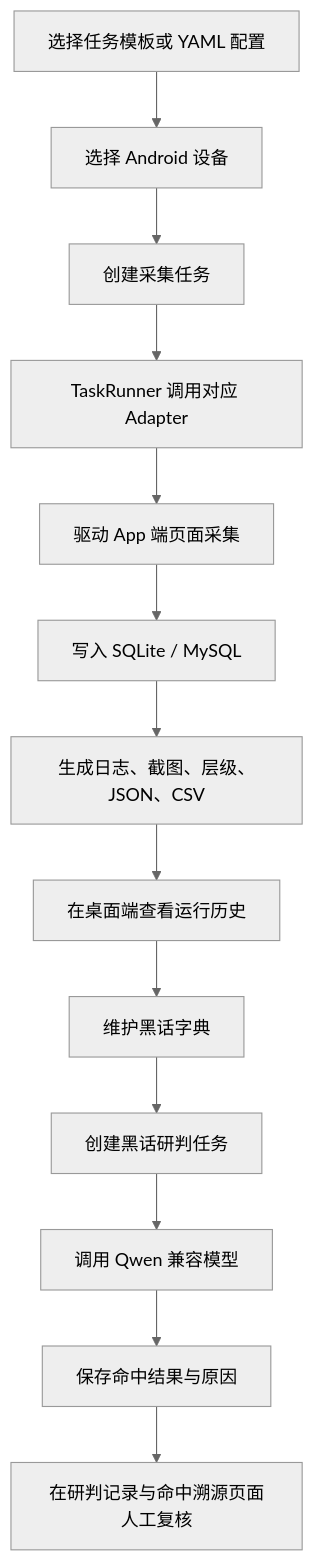
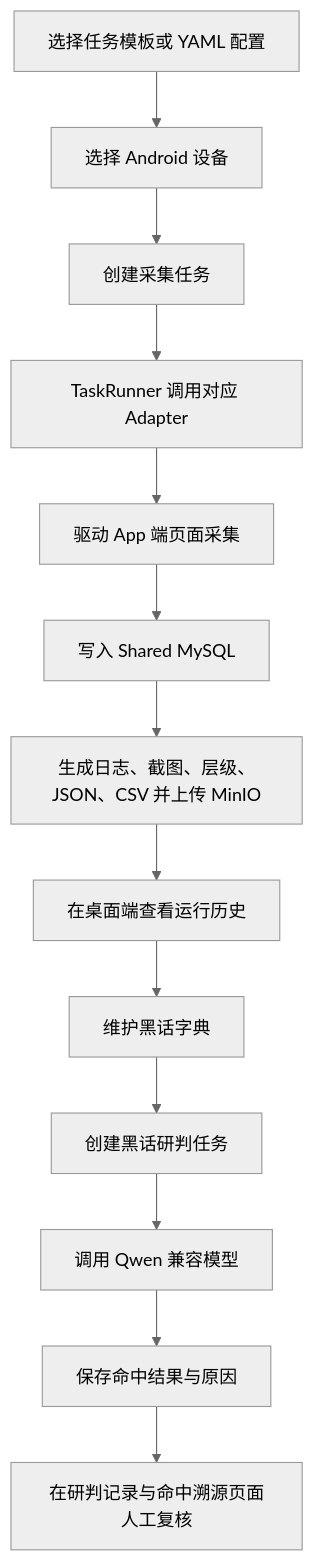
One commit to WuheSAkura/android-spider changed the second of 2 diagrams in README.md. Above: the diagram before and after it, drawn with Mermaid (neutral theme). The commit also changed other lines of this file and 12 other files, not shown here.

````diff
--- a/README.md
+++ b/README.md
@@ -135,15 +135,15 @@
 ```mermaid
 flowchart TD
     A[选择任务模板或 YAML 配置] --> B[选择 Android 设备]
     B --> C[创建采集任务]
     C --> D[TaskRunner 调用对应 Adapter]
     D --> E[驱动 App 端页面采集]
-    E --> F[写入 SQLite / MySQL]
-    F --> G[生成日志、截图、层级、JSON、CSV]
+    E --> F[写入 Shared MySQL]
+    F --> G[生成日志、截图、层级、JSON、CSV 并上传 MinIO]
     G --> H[在桌面端查看运行历史]
     H --> I[维护黑话字典]
     I --> J[创建黑话研判任务]
     J --> K[调用 Qwen 兼容模型]
     K --> L[保存命中结果与原因]
     L --> M[在研判记录与命中溯源页面人工复核]
 ```
````
